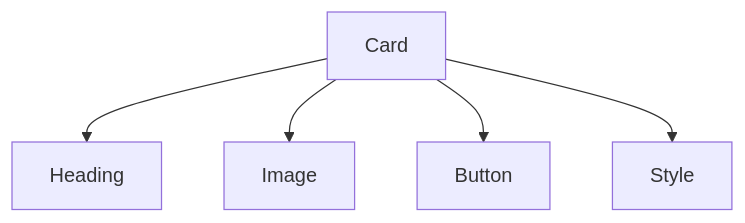
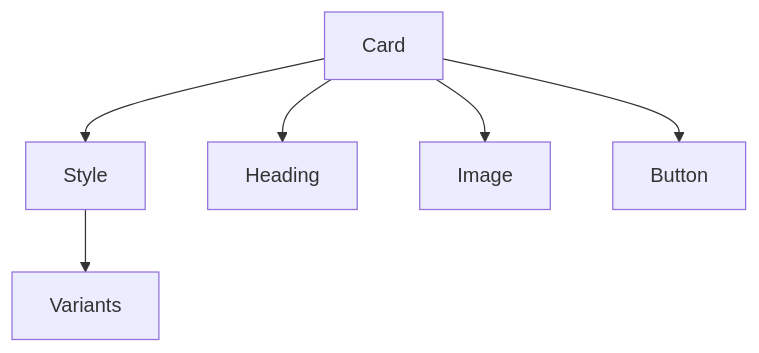
Before and after one commit to mortegac/pattern-reactjs: the second of 2 diagrams in README.md, drawn with Mermaid.

Commit message:
doc: add graph refactor v3

````diff
--- a/README.md
+++ b/README.md
@@ -15,7 +15,8 @@
 ```mermaid
   graph TD;
+      Card-->Style;
+      Style-->Variants;
       Card-->Heading;
       Card-->Image;
       Card-->Button;
-      Card-->Style;
 ```
````
